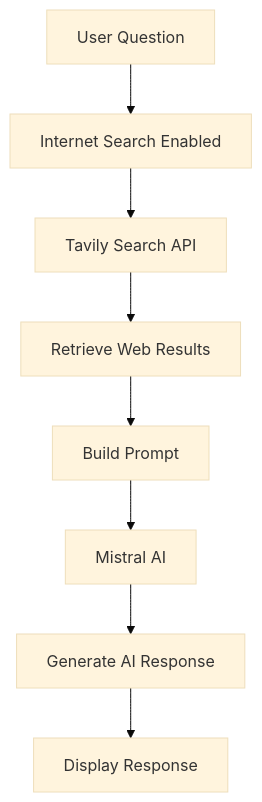
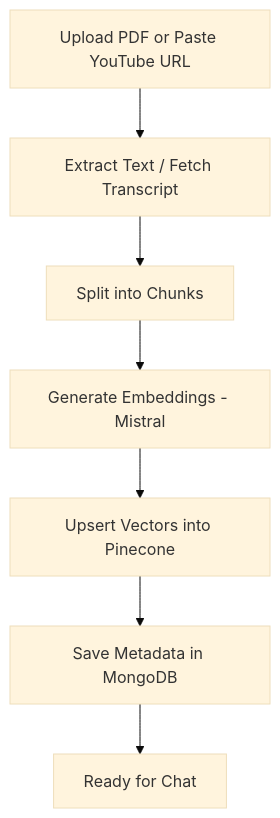
Before and after one commit to hari5827/AskQuery-Genai: the third of 4 diagrams in README.md, drawn with Mermaid (base theme). The commit also changed other lines of this file, not shown here.

````diff
--- a/README.md
+++ b/README.md
@@ -192,19 +137,9 @@
 ```mermaid
 flowchart TD
-
-A[User Question]
-
-A --> B[Internet Search Enabled]
-
-B --> C[Tavily Search API]
-
-C --> D[Retrieve Web Results]
-
-D --> E[Build Prompt]
-
-E --> F[Mistral AI]
-
-F --> G[Generate AI Response]
-
-G --> H[Display Response]
+    A[Upload PDF or Paste YouTube URL] --> B[Extract Text / Fetch Transcript]
+    B --> C[Split into Chunks]
+    C --> D[Generate Embeddings - Mistral]
+    D --> E[Upsert Vectors into Pinecone]
+    E --> F[Save Metadata in MongoDB]
+    F --> G[Ready for Chat]
 ```
````
